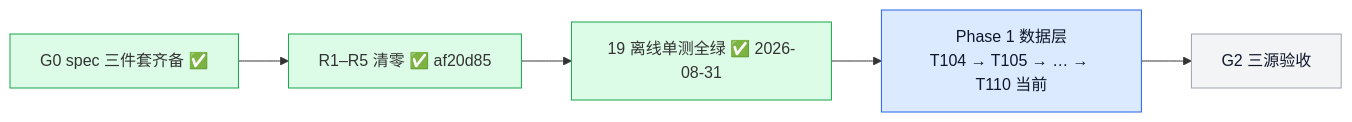
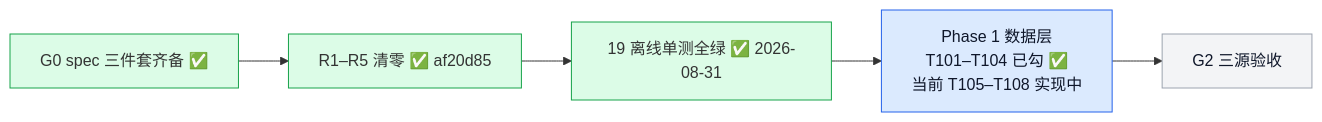
Before and after one commit to YZml1507/FinAI2.0: the second of 4 diagrams in docs/project_status_flowchart.md, drawn with Mermaid. The commit also changed other lines of this file and 1 other file, not shown here.

Commit message:
docs: 流程图状态标记 — Phase 0(T101–T104)清零 / T001 飞书拍板 / T105–T108 实现中 / HEADs 1da2b2d+5f7e38f

````diff
--- a/docs/project_status_flowchart.md
+++ b/docs/project_status_flowchart.md
@@ -29,11 +29,11 @@
 ```mermaid
 flowchart LR
   G0[G0 spec 三件套齐备 ✅] --> R15[R1–R5 清零 ✅ af20d85] --> UT[19 离线单测全绿 ✅ 2026-08-31]
-  UT --> P1[Phase 1 数据层<br/>T104 → T105 → … → T110 当前]
+  UT --> P1[Phase 1 数据层<br/>T101–T104 已勾 ✅<br/>当前 T105–T108 实现中]
   P1 --> G2[G2 三源验收]
   style G0 fill:#dcfce7,stroke:#16a34a
   style R15 fill:#dcfce7,stroke:#16a34a
   style UT fill:#dcfce7,stroke:#16a34a
   style P1 fill:#dbeafe,stroke:#2563eb,color:#0f172a
   style G2 fill:#f3f4f6,stroke:#9ca3af,color:#0f172a
 ```
````
